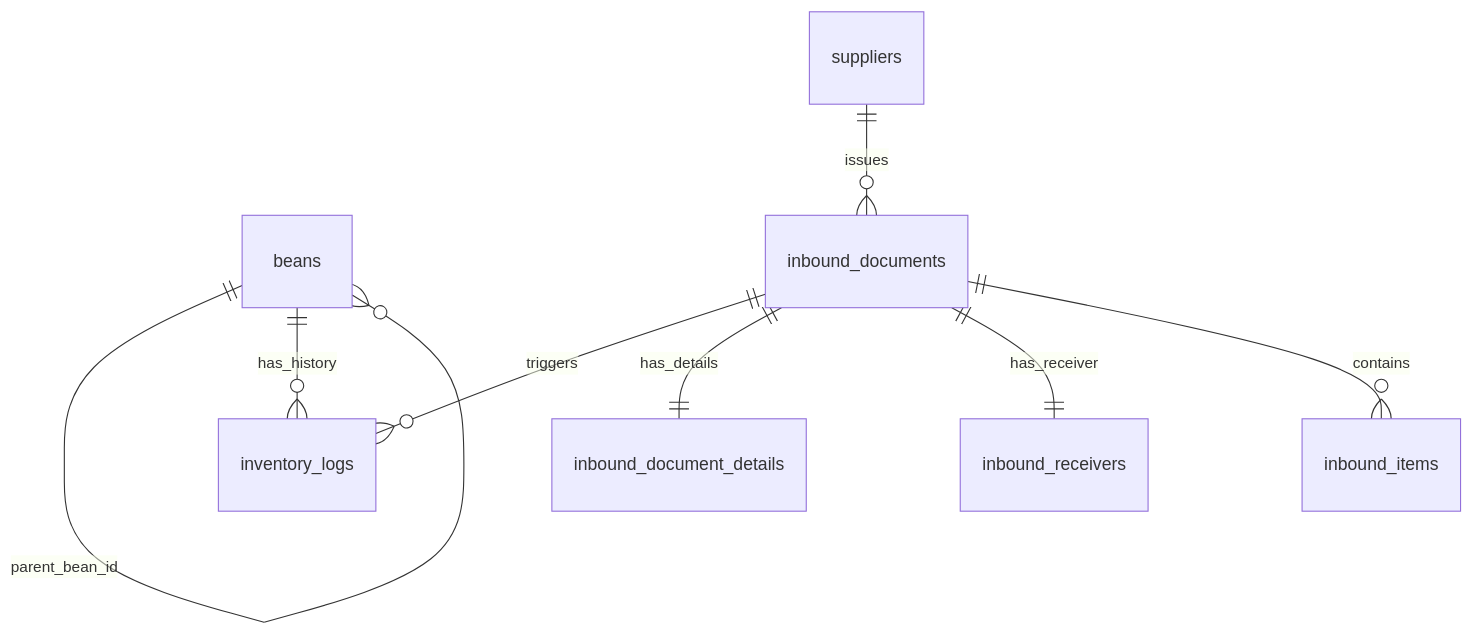
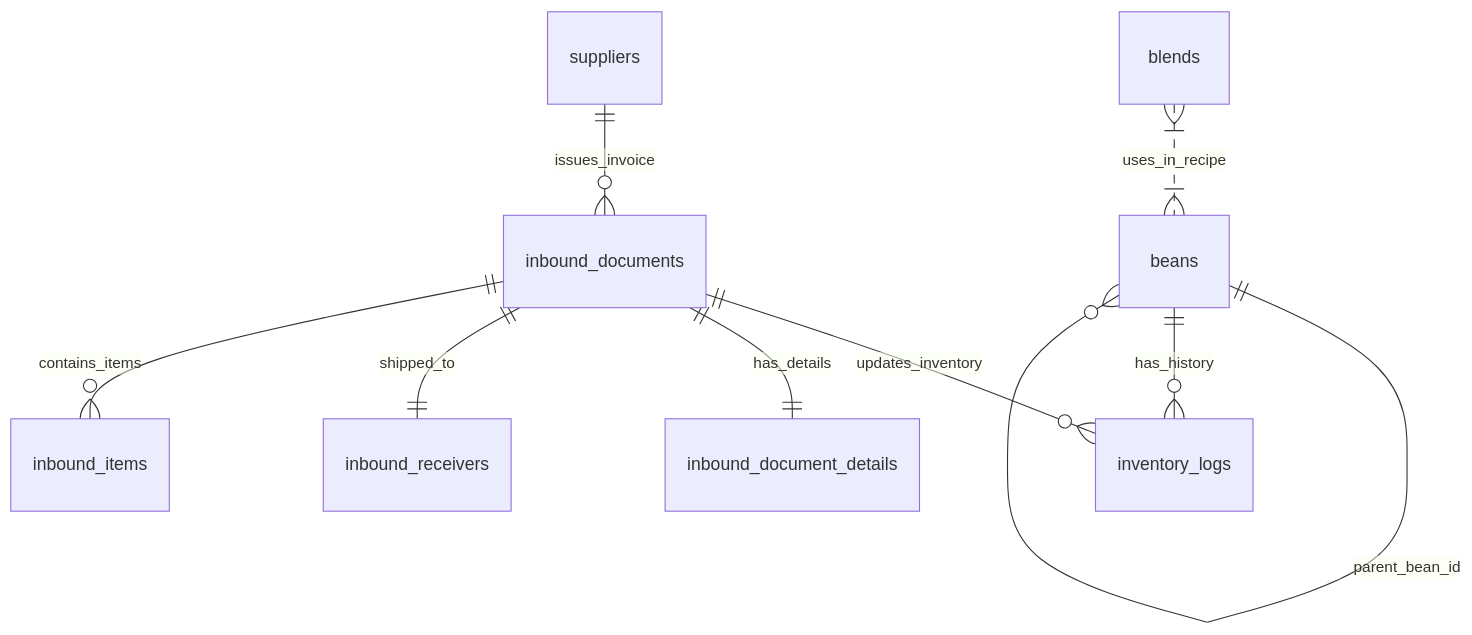
One commit to usermaum/Themoon changed the diagram in Documents/Architecture/DATABASE_SCHEMA.md. Above: the diagram before and after it, drawn with Mermaid.

Commit message:
fix(docs): DATABASE_SCHEMA.md ERD에 누락된 blends 관계 추가 및 레이블 개선

````diff
--- a/Documents/Architecture/DATABASE_SCHEMA.md
+++ b/Documents/Architecture/DATABASE_SCHEMA.md
@@ -20,11 +20,16 @@
 ```mermaid
 erDiagram
-    %% Relationships
+    %% Core Relationships
     beans ||--o{ beans : "parent_bean_id"
     beans ||--o{ inventory_logs : "has_history"
-    suppliers ||--o{ inbound_documents : "issues"
-    inbound_documents ||--o{ inventory_logs : "triggers"
+    
+    %% Blend Relationships (Logical)
+    blends }|..|{ beans : "uses_in_recipe"
+
+    %% Inbound & Supplier Relationships
+    suppliers ||--o{ inbound_documents : "issues_invoice"
+    inbound_documents ||--o{ inventory_logs : "updates_inventory"
     inbound_documents ||--|| inbound_document_details : "has_details"
-    inbound_documents ||--|| inbound_receivers : "has_receiver"
-    inbound_documents ||--o{ inbound_items : "contains"
+    inbound_documents ||--|| inbound_receivers : "shipped_to"
+    inbound_documents ||--o{ inbound_items : "contains_items"
 ```
````
